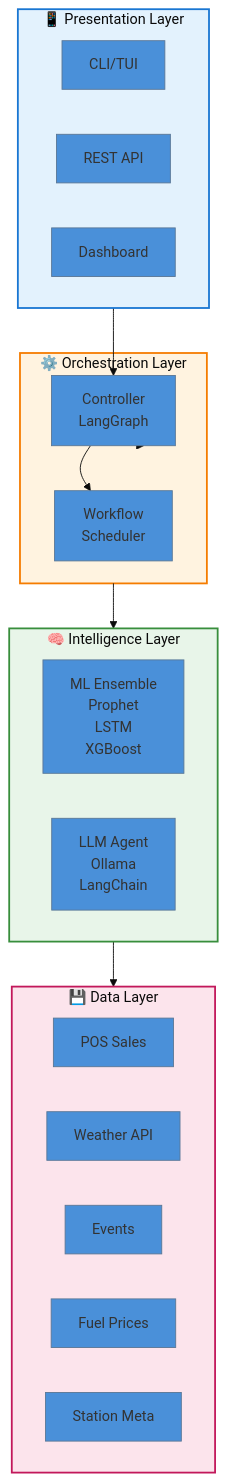
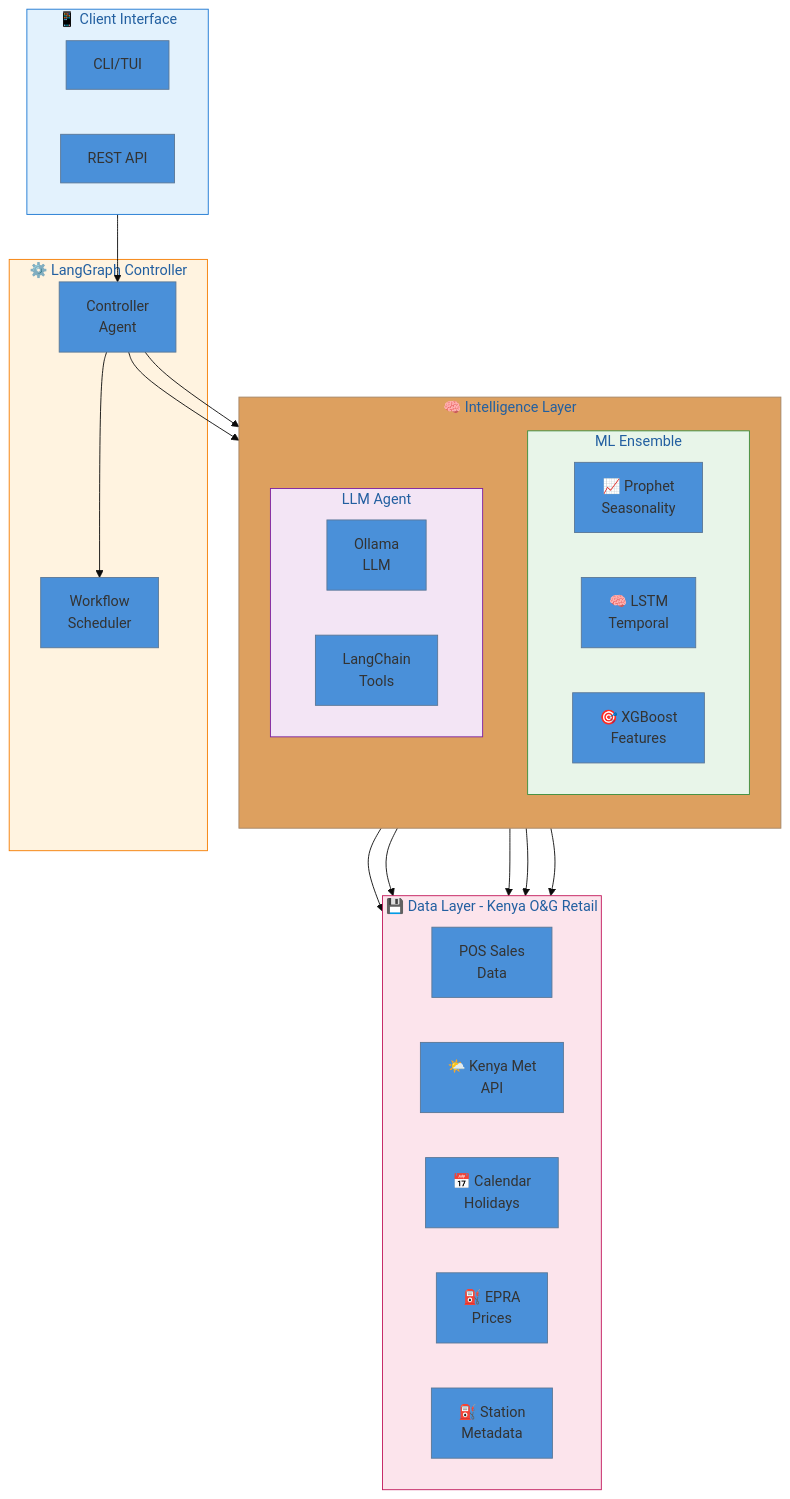
Before and after one commit to project-merlin-00/cysmic-fuel-forecasting: the first of 6 diagrams in docs/architecture.md, drawn with Mermaid. The commit also changed other lines of this file, not shown here.

First line of the commit message:
Update with Kenya O&G retail specific diagrams

````diff
--- a/docs/architecture.md
+++ b/docs/architecture.md
@@ -9,42 +9,54 @@
 ```mermaid
-%%{init: {'theme': 'base', 'themeVariables': { 'primaryColor': '#4a90d9', 'edgeLabelBackground':'#ffffff', 'tertiaryColor': '#f5f5f5'}}}%%
+%%{init: {'theme': 'base', 'themeVariables': { 'primaryColor': '#4a90d9', 'edgeLabelBackground':'#ffffff'}}}%%
 flowchart TB
-    subgraph Presentation["📱 Presentation Layer"]
+    subgraph Client["📱 Client Interface"]
         direction LR
         CLI[CLI/TUI]
         API[REST API]
-        Dashboard[Dashboard]
     end
     
-    subgraph Orchestration["⚙️ Orchestration Layer"]
-        Controller[Controller<br/>LangGraph]
-        Scheduler[Workflow<br/>Scheduler]
+    subgraph Orchestration["⚙️ LangGraph Controller"]
+        CA[Controller<br/>Agent]
+        WS[Workflow<br/>Scheduler]
     end
     
     subgraph Intelligence["🧠 Intelligence Layer"]
-        direction LR
-        ML[ML Ensemble<br/>Prophet<br/>LSTM<br/>XGBoost]
-        LLM[LLM Agent<br/>Ollama<br/>LangChain]
+        direction TB
+        subgraph ML["ML Ensemble"]
+            Prophet[📈 Prophet<br/>Seasonality]
+            LSTM[🧠 LSTM<br/>Temporal]
+            XGB[🎯 XGBoost<br/>Features]
+        end
+        subgraph LLM["LLM Agent"]
+            Ollama[Ollama<br/>LLM]
+            Chain[LangChain<br/>Tools]
+        end
     end
     
-    subgraph Data["💾 Data Layer"]
+    subgraph Data["💾 Data Layer - Kenya O&G Retail"]
         direction LR
-        POS[POS Sales]
-        Weather[Weather API]
-        Events[Events]
-        Prices[Fuel Prices]
-        Stations[Station Meta]
+        POS[POS Sales<br/>Data]
+        Weather[🌤️ Kenya Met<br/>API]
+        Events[📅 Calendar<br/>Holidays]
+        Prices[⛽ EPRA<br/>Prices]
+        Stations[⛽ Station<br/>Metadata]
     end
     
-    Presentation --> Controller
-    Controller --> Orchestration
-    Orchestration --> Intelligence
-    Intelligence --> Data
+    Client --> CA
+    CA --> WS
+    CA --> ML
+    CA --> LLM
     
-    Controller --> Scheduler
+    ML --> POS
+    ML --> Weather
+    ML --> Prices
     
-    style Presentation fill:#e3f2fd,stroke:#1976d2,stroke-width:2px
-    style Orchestration fill:#fff3e0,stroke:#f57c00,stroke-width:2px
-    style Intelligence fill:#e8f5e9,stroke:#388e3c,stroke-width:2px
-    style Data fill:#fce4ec,stroke:#c2185b,stroke-width:2px
+    LLM --> Events
+    LLM --> Stations
+    
+    style Client fill:#e3f2fd,stroke:#1976d2
+    style Orchestration fill:#fff3e0,stroke:#f57c00
+    style ML fill:#e8f5e9,stroke:#388e3c
+    style LLM fill:#f3e5f5,stroke:#7b1fa2
+    style Data fill:#fce4ec,stroke:#c2185b
 ```
````
